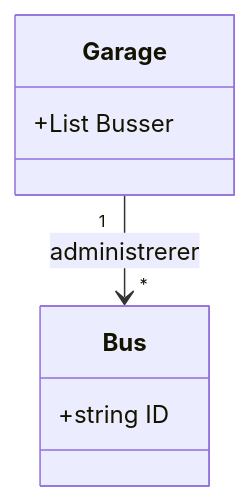
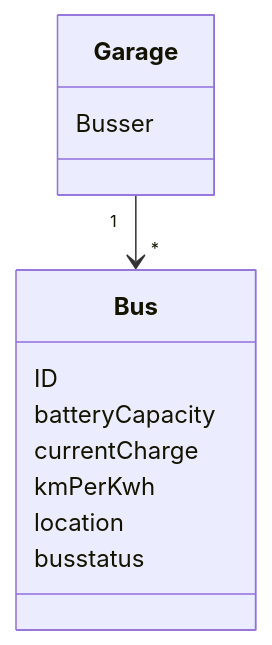
The diagram in Dokumentation/Iteration 1/Use Case 2/Domain.mmd (Team-14-pa-UCL/Getting-Real2), drawn with Mermaid before and after one commit.

Commit message:
updated domain model

```diff
--- a/Dokumentation/Iteration 1/Use Case 2/Domain.mmd
+++ b/Dokumentation/Iteration 1/Use Case 2/Domain.mmd
@@ -1,8 +1,13 @@
 classDiagram
     class Bus {
-        +string ID
+        ID
+        batteryCapacity
+        currentCharge
+        kmPerKwh
+        location
+        busstatus
     }
     class Garage {
-        +List<Bus> Busser
+        Busser
     }
-    Garage "1" --> "*" Bus : administrerer
+    Garage "1" --> "*" Bus
```
